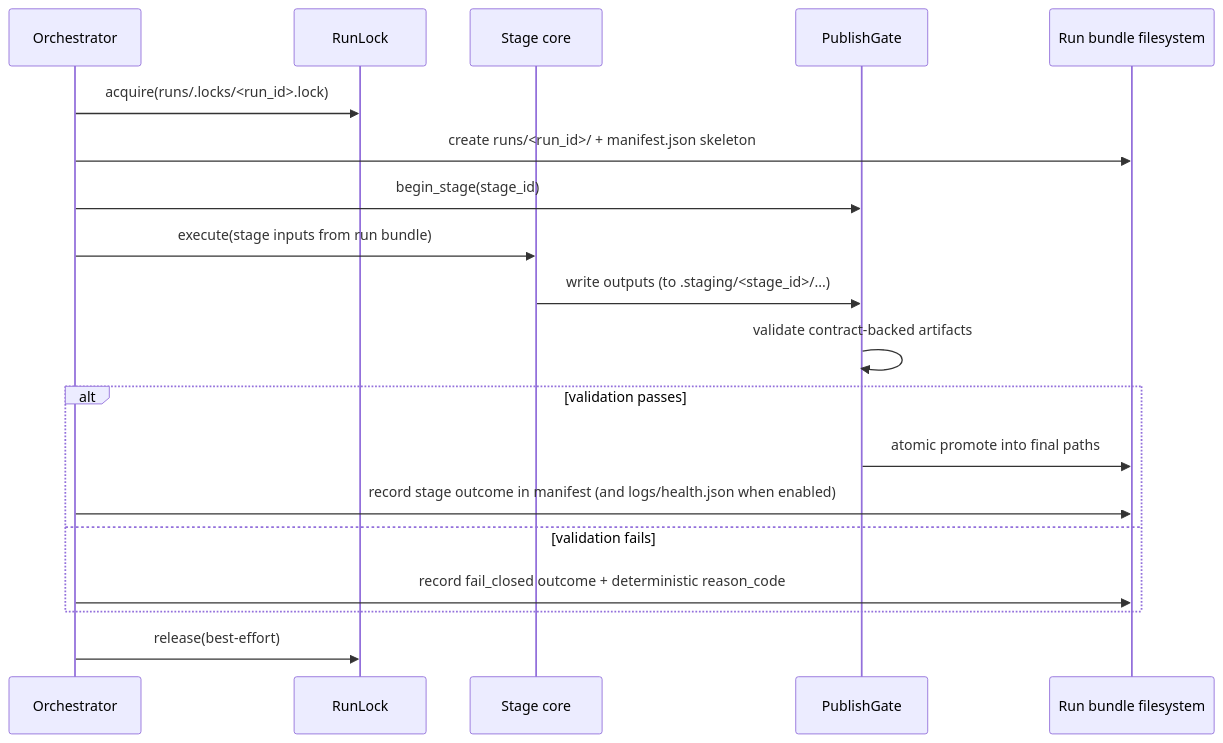
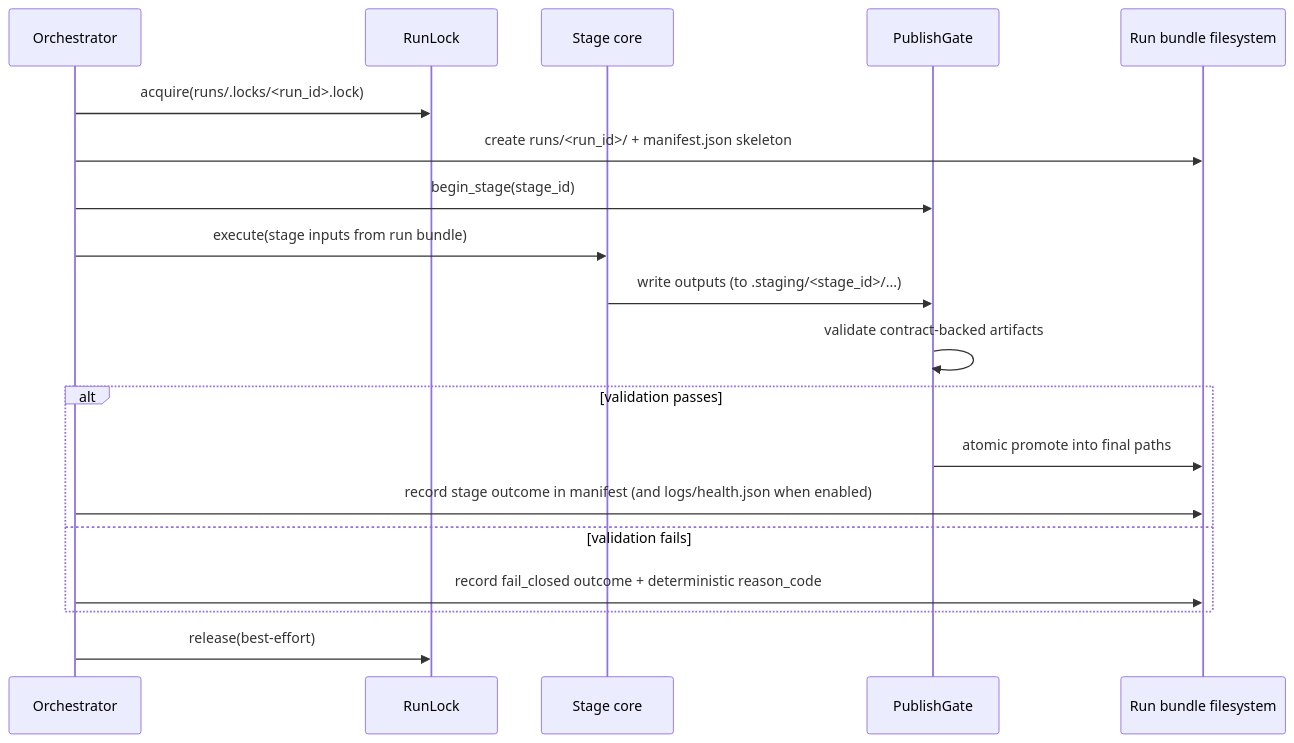
One commit to JochiRaider/purple-axiom changed the fourth of 4 diagrams in README.md. Above: the diagram before and after it, drawn with Mermaid. The commit also changed other lines of this file, not shown here.

````diff
--- a/README.md
+++ b/README.md
@@ -284,22 +284,22 @@
 ```mermaid
 sequenceDiagram
   participant O as Orchestrator
   participant L as RunLock
   participant S as Stage core
   participant G as PublishGate
   participant FS as Run bundle filesystem
 
-  O->>L: acquire(runs/.locks/<run_id>.lock)
-  O->>FS: create runs/<run_id>/ + manifest.json skeleton
+  O->>L: acquire(runs/.locks/#lt;run_id#gt;.lock)
+  O->>FS: create runs/#lt;run_id#gt;/ + manifest.json skeleton
   O->>G: begin_stage(stage_id)
   O->>S: execute(stage inputs from run bundle)
   S->>G: write outputs (to .staging/<stage_id>/...)
   G->>G: validate contract-backed artifacts
   alt validation passes
     G->>FS: atomic promote into final paths
     O->>FS: record stage outcome in manifest (and logs/health.json when enabled)
   else validation fails
     O->>FS: record fail_closed outcome + deterministic reason_code
   end
   O->>L: release(best-effort)
 ```
````
